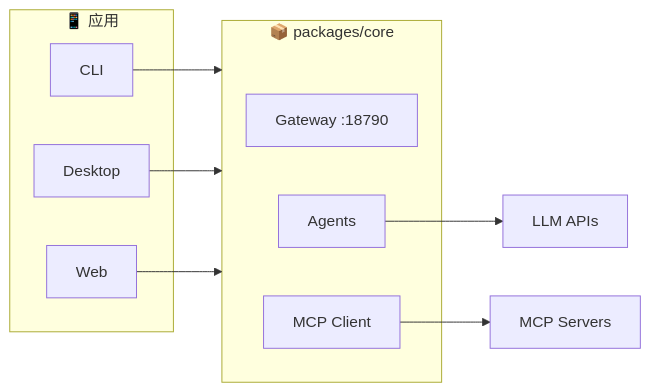
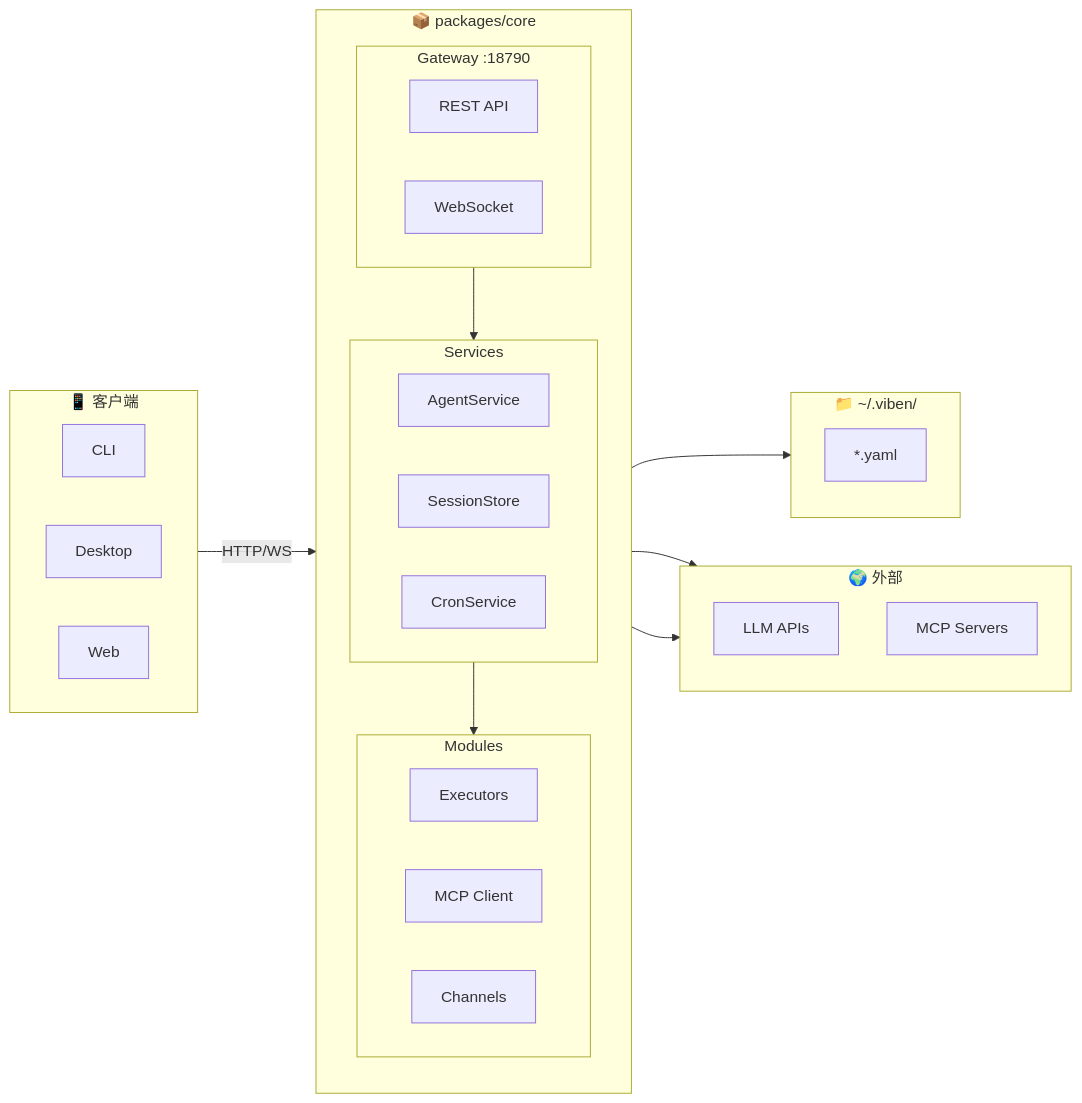
Before and after one commit to LinXueyuanStdio/viben: the first of 2 diagrams in README.md, drawn with Mermaid. The commit also changed other lines of this file and 131 other files, not shown here.

````diff
--- a/README.md
+++ b/README.md
@@ -64,18 +64,51 @@
 ```mermaid
 graph LR
-    subgraph Apps["📱 应用"]
+    subgraph Clients["📱 客户端"]
+        direction LR
         CLI["CLI"]
         Desktop["Desktop"]
         Web["Web"]
     end
 
     subgraph Core["📦 packages/core"]
-        Gateway["Gateway :18790"]
-        Agent["Agents"]
-        MCP["MCP Client"]
+        direction TB
+
+        subgraph GW["Gateway :18790"]
+            direction LR
+            REST["REST API"]
+            WS["WebSocket"]
+        end
+
+        subgraph Svc["Services"]
+            direction LR
+            Agent["AgentService"]
+            Session["SessionStore"]
+            Cron["CronService"]
+        end
+
+        subgraph Mod["Modules"]
+            direction LR
+            Exec["Executors"]
+            MCP["MCP Client"]
+            Chan["Channels"]
+        end
     end
 
-    CLI & Desktop & Web --> Core
-    MCP --> MCPServer["MCP Servers"]
-    Agent --> LLM["LLM APIs"]
+    subgraph Ext["🌍 外部"]
+        direction TB
+        LLM["LLM APIs"]
+        MCPSrv["MCP Servers"]
+    end
+
+    subgraph Cfg["📁 ~/.viben/"]
+        direction TB
+        YAML["*.yaml"]
+    end
+
+    Clients -->|HTTP/WS| GW
+    GW --> Svc
+    Svc --> Mod
+    Mod --> Cfg
+    Exec --> LLM
+    MCP --> MCPSrv
 ```
````
